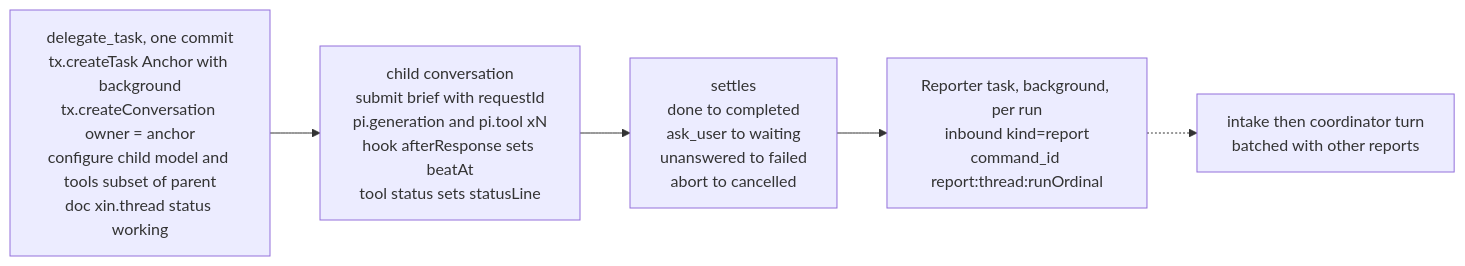
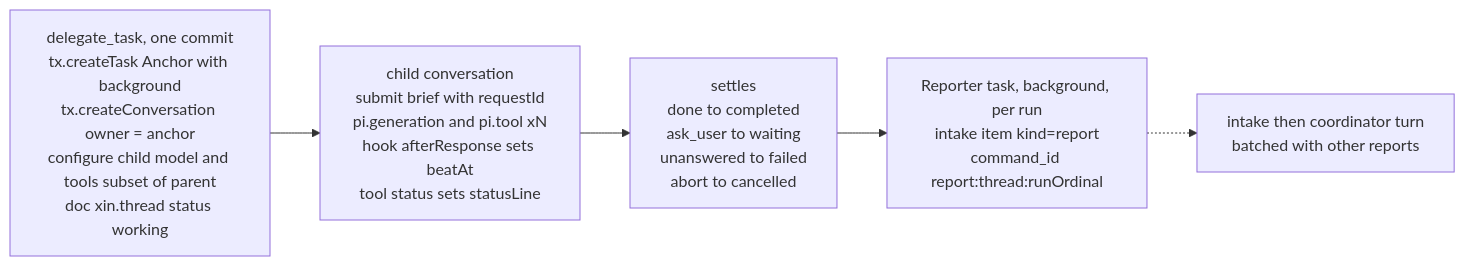
The first of 3 diagrams in docs/plan/architecture/06-orchestration.md (keyurbodar/xin), drawn with Mermaid before and after one commit. The commit also changed other lines of this file and 37 other files, not shown here.

````diff
--- a/docs/plan/architecture/06-orchestration.md
+++ b/docs/plan/architecture/06-orchestration.md
@@ -33,7 +33,7 @@
 ```mermaid
 flowchart LR
   D["delegate_task, one commit<br/>tx.createTask Anchor with background<br/>tx.createConversation owner = anchor<br/>configure child model and tools subset of parent<br/>doc xin.thread status working"] --> C["child conversation<br/>submit brief with requestId<br/>pi.generation and pi.tool xN<br/>hook afterResponse sets beatAt<br/>tool status sets statusLine"]
   C --> S["settles<br/>done to completed<br/>ask_user to waiting<br/>unanswered to failed<br/>abort to cancelled"]
-  S --> G["Reporter task, background, per run<br/>inbound kind=report<br/>command_id report:thread:runOrdinal"]
+  S --> G["Reporter task, background, per run<br/>intake item kind=report<br/>command_id report:thread:runOrdinal"]
   G -.-> I["intake then coordinator turn<br/>batched with other reports"]
 ```
````
